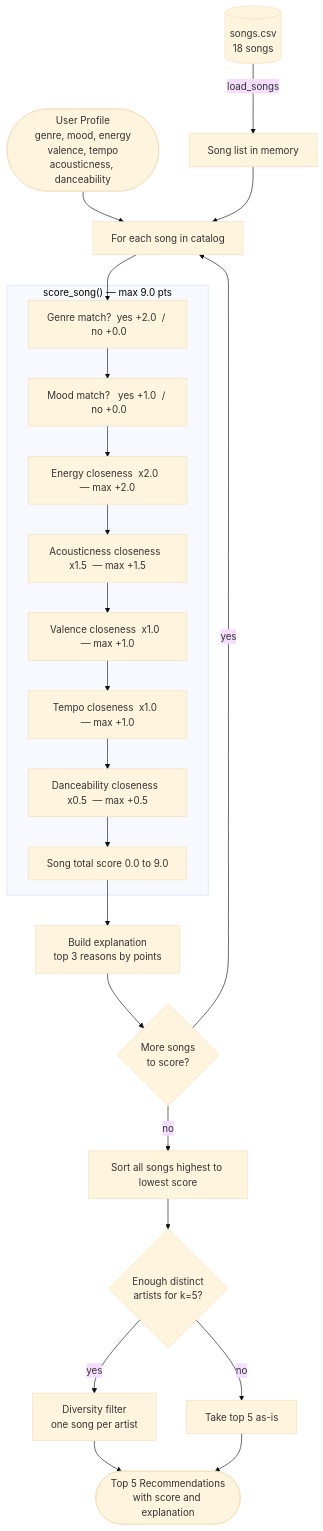
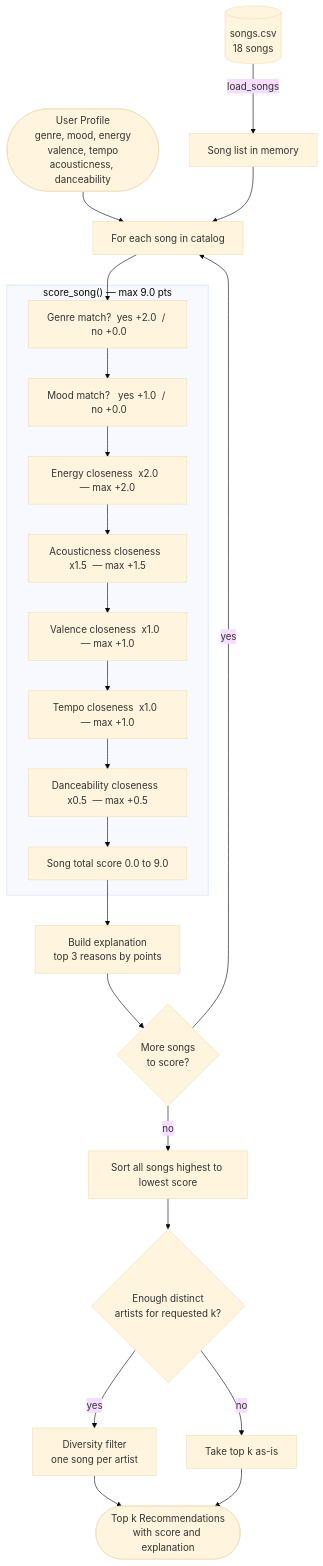
Before and after one commit to antunishdPursuit/resonance-room: the diagram in docs/fallback-recommender.md, drawn with Mermaid (base theme). The commit also changed other lines of this file and 4 other files, not shown here.

````diff
--- a/docs/fallback-recommender.md
+++ b/docs/fallback-recommender.md
@@ -69,36 +71,36 @@
 ```mermaid
 flowchart TD
     A([User Profile\ngenre, mood, energy\nvalence, tempo\nacousticness, danceability])
     B[(songs.csv\n18 songs)]
 
     A --> D
     B -->|load_songs| C[Song list in memory]
     C --> D
 
     D[For each song in catalog] --> E
 
     subgraph SCORE ["score_song() — max 9.0 pts"]
         E["Genre match?  yes +2.0  /  no +0.0"] --> F
         F["Mood match?   yes +1.0  /  no +0.0"] --> G
         G["Energy closeness  x2.0  — max +2.0"] --> H
         H["Acousticness closeness  x1.5  — max +1.5"] --> I
         I["Valence closeness  x1.0  — max +1.0"] --> J
         J["Tempo closeness  x1.0  — max +1.0"] --> K
         K["Danceability closeness  x0.5  — max +0.5"] --> L
         L["Song total score  0.0 to 9.0"]
     end
 
     L --> L2["Build explanation\ntop 3 reasons by points"]
     L2 --> M{More songs\nto score?}
     M -->|yes| D
     M -->|no| N
 
     N["Sort all songs highest to lowest score"] --> O
 
-    O{Enough distinct\nartists for k=5?}
+    O{Enough distinct\nartists for requested k?}
     O -->|yes| P["Diversity filter\none song per artist"]
-    O -->|no| Q["Take top 5 as-is"]
+    O -->|no| Q["Take top k as-is"]
 
-    P --> R([Top 5 Recommendations\nwith score and explanation])
+    P --> R([Top k Recommendations\nwith score and explanation])
     Q --> R
 ```
````
